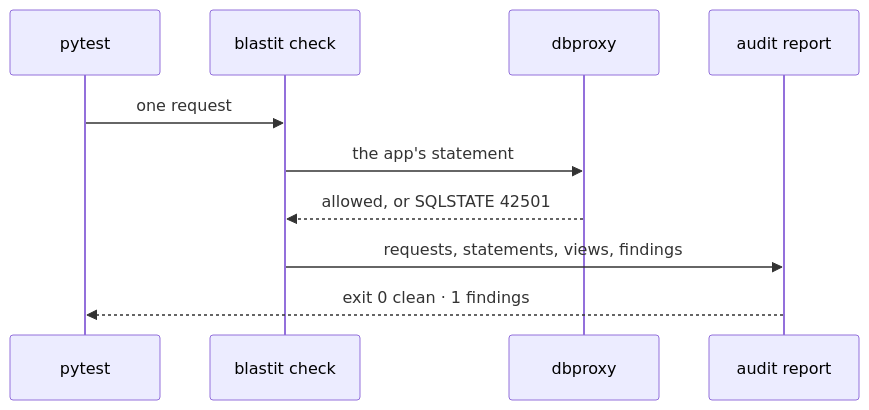
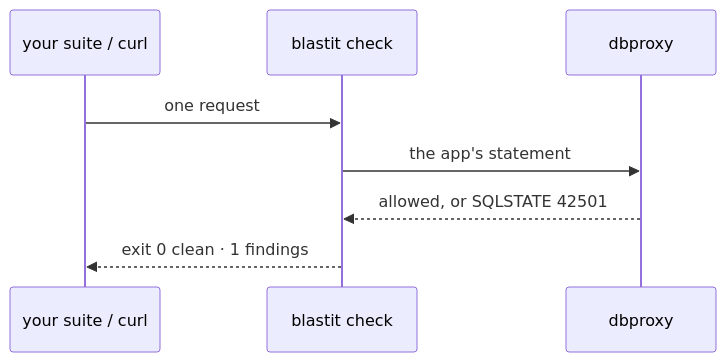
The diagram in docs/ci.md (OffworldNexus/blastit), drawn with Mermaid before and after one commit. The commit also changed other lines of this file and 19 other files, not shown here.

````diff
--- a/docs/ci.md
+++ b/docs/ci.md
@@ -14,12 +11,10 @@
 ```mermaid
 sequenceDiagram
-    participant suite as pytest
+    participant suite as your suite / curl
     participant check as blastit check
     participant proxy as dbproxy
-    participant report as audit report
     suite->>check: one request
     check->>proxy: the app's statement
     proxy-->>check: allowed, or SQLSTATE 42501
-    check->>report: requests, statements, views, findings
-    report-->>suite: exit 0 clean · 1 findings
+    check-->>suite: exit 0 clean · 1 findings
 ```
````
